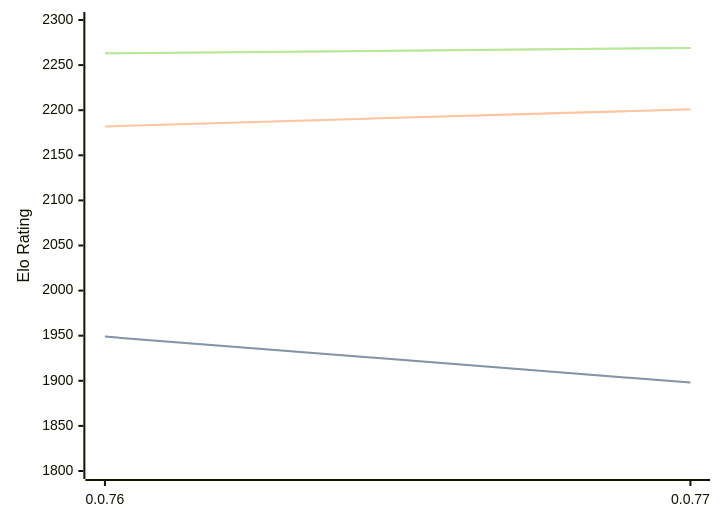
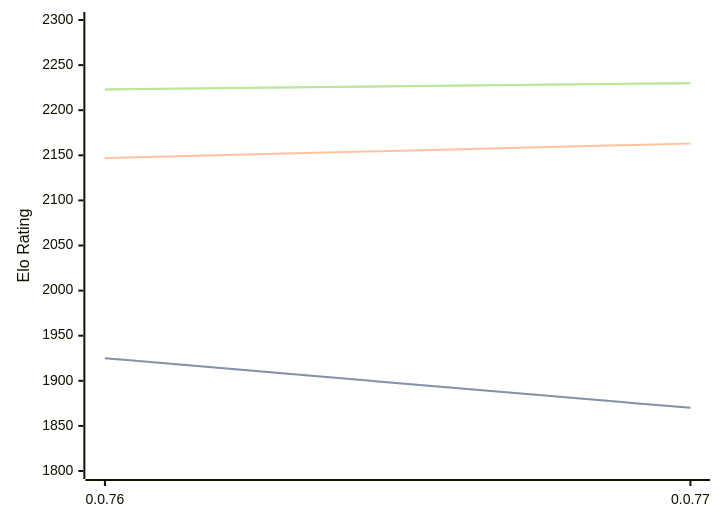
The diagram in engines/Fktb.md (computer-chess-index/cci), drawn with Mermaid before and after one commit. The commit also changed other lines of this file, not shown here.

Commit message:
Update CCI Ratings (ELO VLTC) - 2026-05-19

````diff
--- a/engines/Fktb.md
+++ b/engines/Fktb.md
@@ -32,11 +32,11 @@
 ```mermaid
 %%{init: {"theme":"base","themeVariables":{"seriesColors:['#a3a3a3','#222221','#faa371']}}}%%
 xychart-beta
   x-axis ["0.0.76", "0.0.77"]
   y-axis "Elo Rating" 1800 --> 2300
-  line "STC (8.0+0.08s)" [1949, 1898]
-  line "STC (8.0+0.08s)" [1949, 1898]
-  line "LTC (60.0+0.60s)" [2182, 2201]
-  line "VLTC (2m24s+1.12s)" [2263, 2269]
-  line "VLTC (2m24s+1.12s)" [2263, 2269]
+  line "STC (8.0+0.08s)" [1925, 1870]
+  line "STC (8.0+0.08s)" [1925, 1870]
+  line "LTC (60.0+0.60s)" [2147, 2163]
+  line "VLTC (2m24s+1.12s)" [2223, 2230]
+  line "VLTC (2m24s+1.12s)" [2223, 2230]
 ```
````
